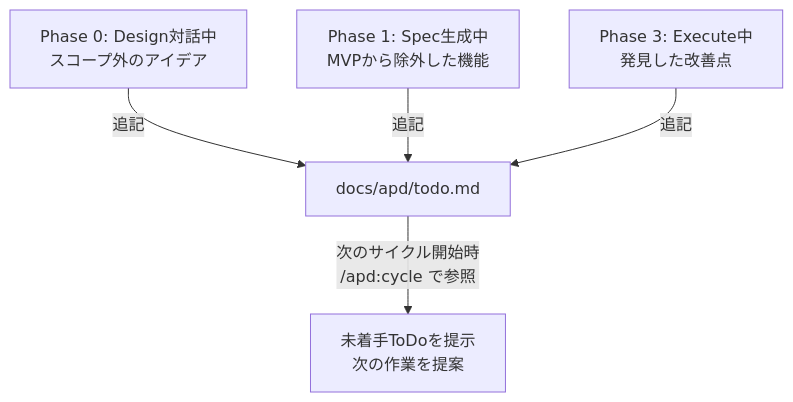
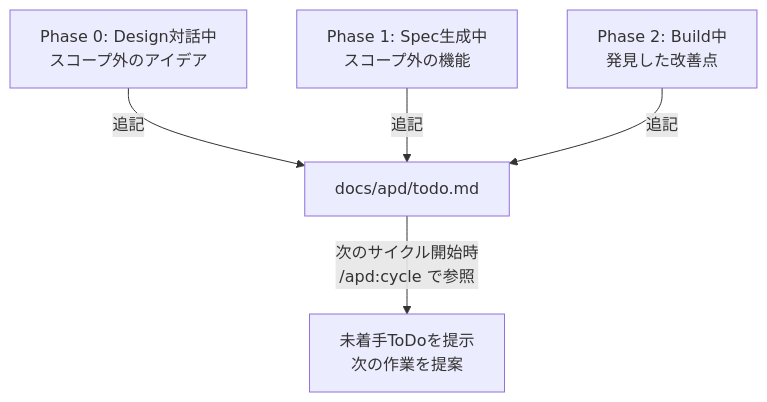
Before and after one commit to koyakimu/autopilot-development-boilerplate: the sixth of 7 diagrams in APD-FRAMEWORK.md, drawn with Mermaid. The commit also changed other lines of this file and 34 other files, not shown here.

````diff
--- a/APD-FRAMEWORK.md
+++ b/APD-FRAMEWORK.md
@@ -308,7 +294,7 @@
 ```mermaid
 graph TD
     A["Phase 0: Design対話中<br/>スコープ外のアイデア"] -->|追記| T["docs/apd/todo.md"]
-    B["Phase 1: Spec生成中<br/>MVPから除外した機能"] -->|追記| T
-    C["Phase 3: Execute中<br/>発見した改善点"] -->|追記| T
+    B["Phase 1: Spec生成中<br/>スコープ外の機能"] -->|追記| T
+    C["Phase 2: Build中<br/>発見した改善点"] -->|追記| T
     T -->|"次のサイクル開始時<br/>/apd:cycle で参照"| D["未着手ToDoを提示<br/>次の作業を提案"]
 ```
````
